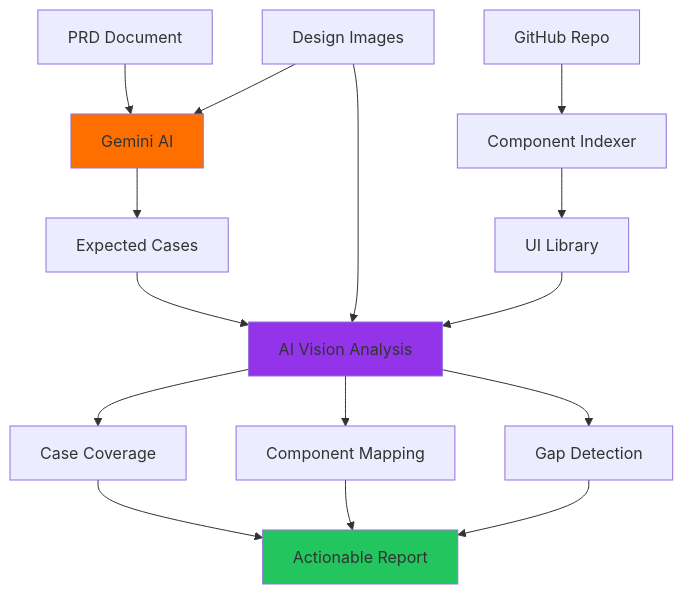
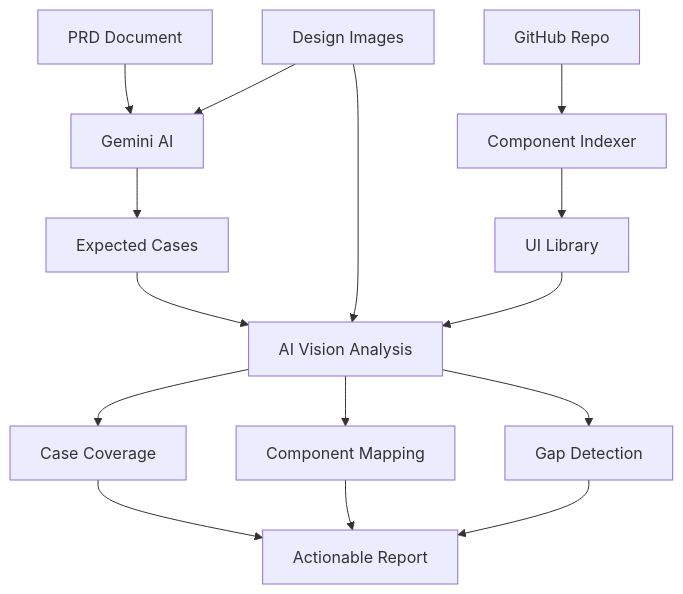
One commit to hammad-ghl/kickoff changed the first of 3 diagrams in README.md. Above: the diagram before and after it, drawn with Mermaid. The commit also changed other lines of this file, not shown here.

````diff
--- a/README.md
+++ b/README.md
@@ -37,24 +37,20 @@
 ```mermaid
 graph TB
     A[PRD Document] --> B[Gemini AI]
     C[Design Images] --> B
     D[GitHub Repo] --> E[Component Indexer]
     E --> F[UI Library]
     
     B --> G[Expected Cases]
     G --> H[AI Vision Analysis]
     C --> H
     F --> H
     
     H --> I[Case Coverage]
     H --> J[Component Mapping]
     H --> K[Gap Detection]
     
     I --> L[Actionable Report]
     J --> L
     K --> L
-    
-    style B fill:#ff6f00
-    style H fill:#9333ea
-    style L fill:#22c55e
 ```
````
